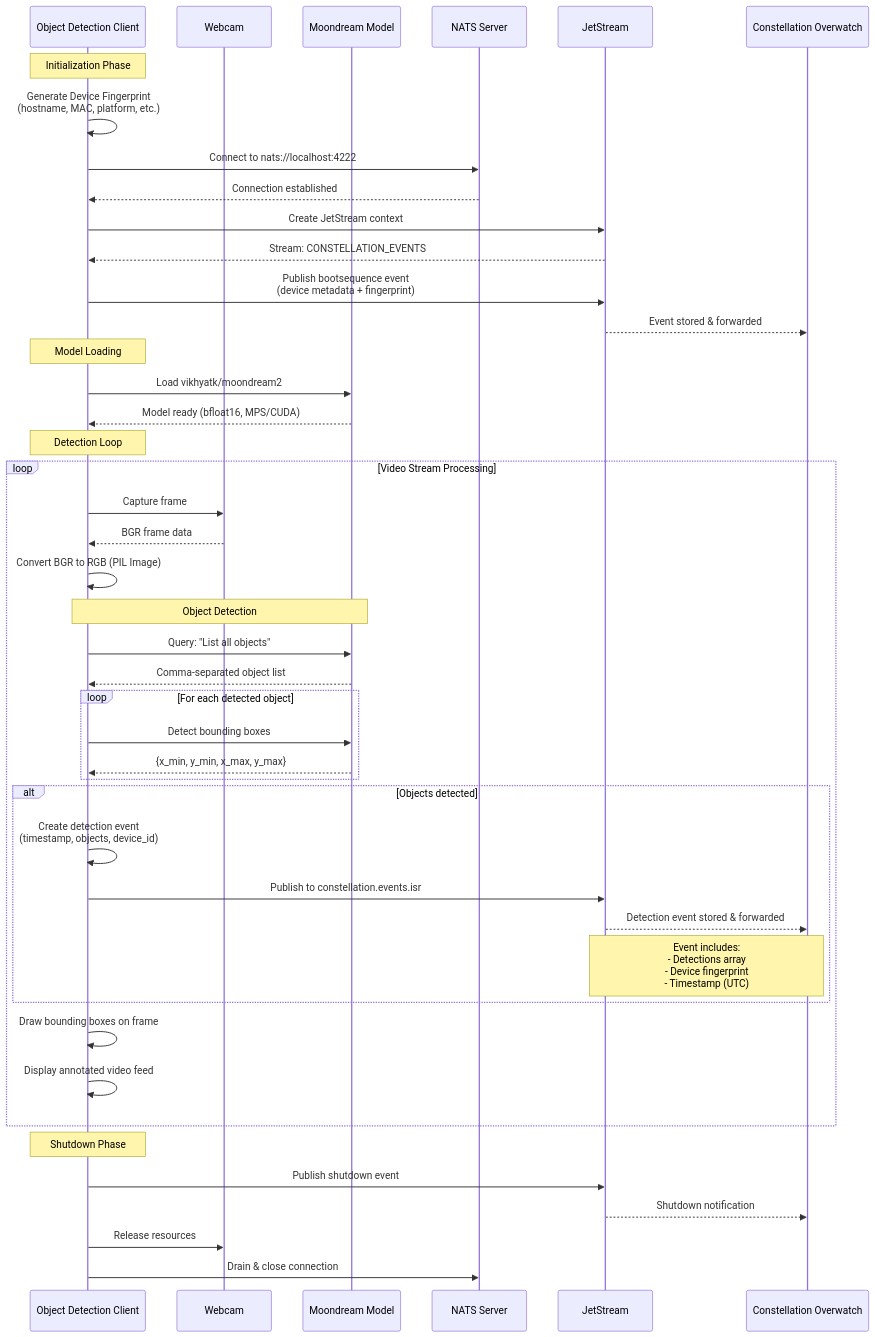
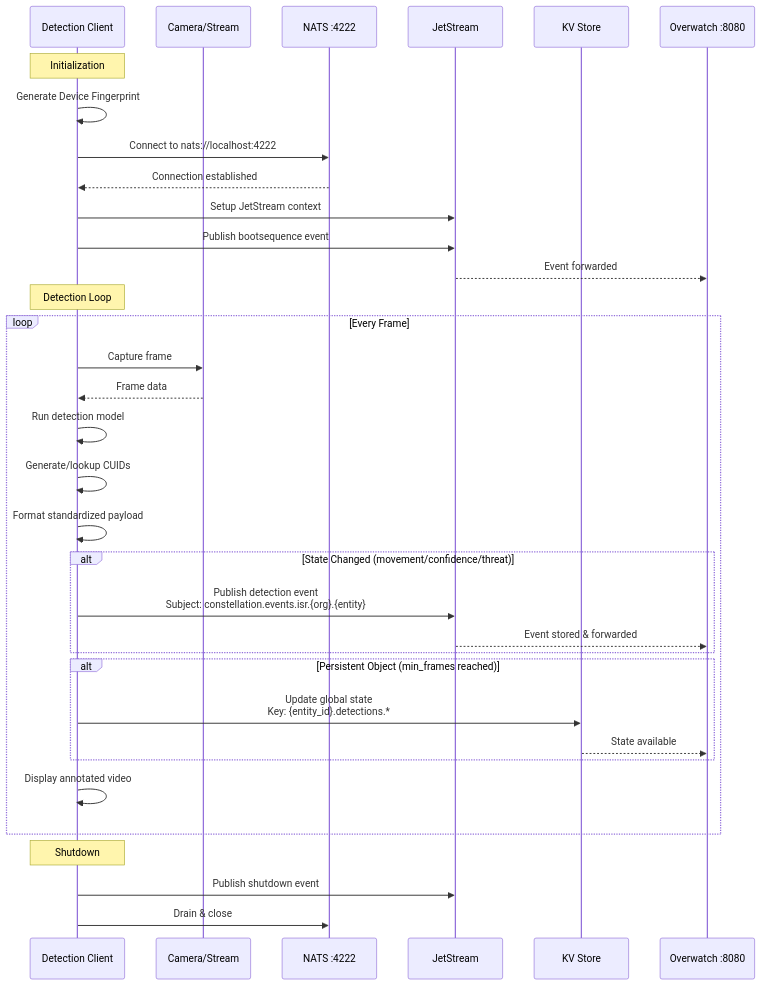
The second of 2 diagrams in README.md (Constellation-Overwatch/overwatch-obj-detection), drawn with Mermaid before and after one commit. The commit also changed other lines of this file and 43 other files, not shown here.

````diff
--- a/README.md
+++ b/README.md
@@ -68,54 +104,43 @@
 ```mermaid
 sequenceDiagram
-    participant Client as Object Detection Client
-    participant Camera as Webcam
-    participant Model as Moondream Model
-    participant NATS as NATS Server
+    participant Client as Detection Client
+    participant Camera as Camera/Stream
+    participant NATS as NATS :4222
     participant JS as JetStream
-    participant Overwatch as Constellation Overwatch
+    participant KV as KV Store
+    participant Overwatch as Overwatch :8080
 
-    Note over Client: Initialization Phase
-    Client->>Client: Generate Device Fingerprint<br/>(hostname, MAC, platform, etc.)
+    Note over Client: Initialization
+    Client->>Client: Generate Device Fingerprint
     Client->>NATS: Connect to nats://localhost:4222
     NATS-->>Client: Connection established
-    Client->>JS: Create JetStream context
-    JS-->>Client: Stream: CONSTELLATION_EVENTS
-    Client->>JS: Publish bootsequence event<br/>(device metadata + fingerprint)
-    JS-->>Overwatch: Event stored & forwarded
-
-    Note over Client: Model Loading
-    Client->>Model: Load vikhyatk/moondream2
-    Model-->>Client: Model ready (bfloat16, MPS/CUDA)
+    Client->>JS: Setup JetStream context
+    Client->>JS: Publish bootsequence event
+    JS-->>Overwatch: Event forwarded
 
     Note over Client: Detection Loop
-    loop Video Stream Processing
+    loop Every Frame
         Client->>Camera: Capture frame
-        Camera-->>Client: BGR frame data
-        Client->>Client: Convert BGR to RGB (PIL Image)
+        Camera-->>Client: Frame data
 
-        Note over Client,Model: Object Detection
-        Client->>Model: Query: "List all objects"
-        Model-->>Client: Comma-separated object list
+        Client->>Client: Run detection model
+        Client->>Client: Generate/lookup CUIDs
+        Client->>Client: Format standardized payload
 
-        loop For each detected object
-            Client->>Model: Detect bounding boxes
-            Model-->>Client: {x_min, y_min, x_max, y_max}
+        alt State Changed (movement/confidence/threat)
+            Client->>JS: Publish detection event<br/>Subject: constellation.events.isr.{org}.{entity}
+            JS-->>Overwatch: Event stored & forwarded
         end
 
-        alt Objects detected
-            Client->>Client: Create detection event<br/>(timestamp, objects, device_id)
-            Client->>JS: Publish to constellation.events.isr
-            JS-->>Overwatch: Detection event stored & forwarded
-            Note over JS,Overwatch: Event includes:<br/>- Detections array<br/>- Device fingerprint<br/>- Timestamp (UTC)
+        alt Persistent Object (min_frames reached)
+            Client->>KV: Update global state<br/>Key: {entity_id}.detections.*
+            KV-->>Overwatch: State available
         end
 
-        Client->>Client: Draw bounding boxes on frame
-        Client->>Client: Display annotated video feed
+        Client->>Client: Display annotated video
     end
 
-    Note over Client: Shutdown Phase
+    Note over Client: Shutdown
     Client->>JS: Publish shutdown event
-    JS-->>Overwatch: Shutdown notification
-    Client->>Camera: Release resources
-    Client->>NATS: Drain & close connection
+    Client->>NATS: Drain & close
 ```
````
